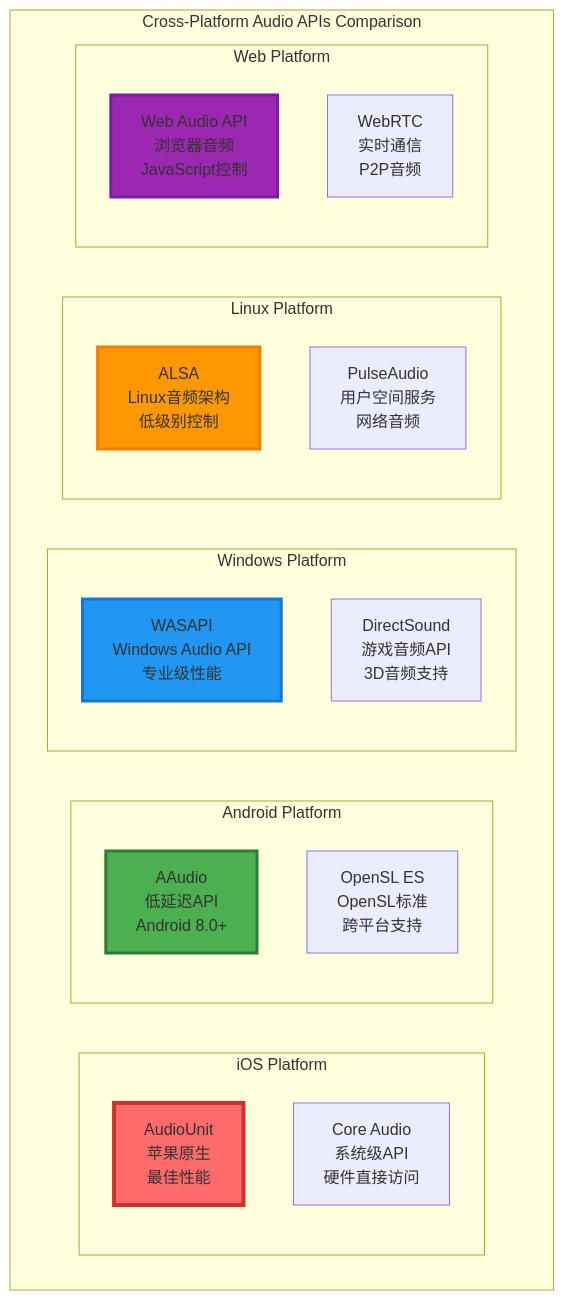
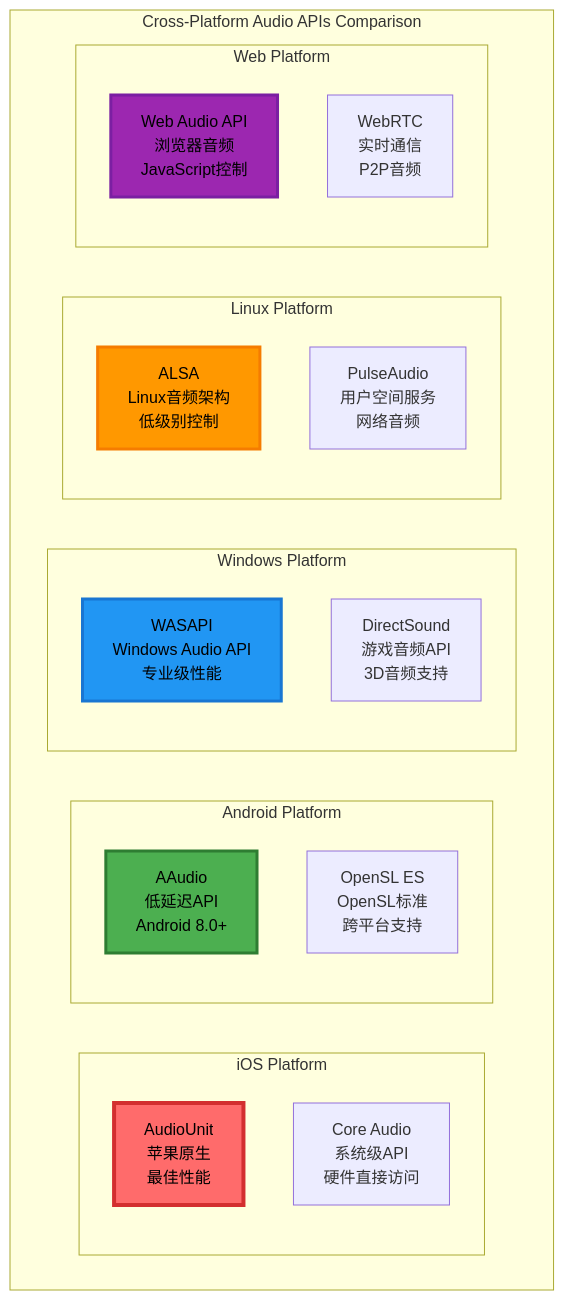
Before and after one commit to Dtheme/ohmy408: the eighth of 9 diagrams in ohmy408/datas.bundle/音频开发/1.3 AudioUnit技术技术原理和使用.md, drawn with Mermaid. The commit also changed other lines of this file and 7 other files, not shown here.

````diff
--- a/ohmy408/datas.bundle/音频开发/1.3 AudioUnit技术技术原理和使用.md
+++ b/ohmy408/datas.bundle/音频开发/1.3 AudioUnit技术技术原理和使用.md
@@ -2943,35 +2943,35 @@
 ```mermaid
 graph TB
     subgraph "Cross-Platform Audio APIs Comparison"
         subgraph "iOS Platform"
             A[AudioUnit<br/>苹果原生<br/>最佳性能]
             B[Core Audio<br/>系统级API<br/>硬件直接访问]
         end
         
         subgraph "Android Platform"
             C[AAudio<br/>低延迟API<br/>Android 8.0+]
             D[OpenSL ES<br/>OpenSL标准<br/>跨平台支持]
         end
         
         subgraph "Windows Platform"
             E[WASAPI<br/>Windows Audio API<br/>专业级性能]
             F[DirectSound<br/>游戏音频API<br/>3D音频支持]
         end
         
         subgraph "Linux Platform"
             G[ALSA<br/>Linux音频架构<br/>低级别控制]
             H[PulseAudio<br/>用户空间服务<br/>网络音频]
         end
         
         subgraph "Web Platform"
             I[Web Audio API<br/>浏览器音频<br/>JavaScript控制]
             J[WebRTC<br/>实时通信<br/>P2P音频]
         end
     end
     
-    style A fill:#ff6b6b,stroke:#d32f2f,stroke-width:4px
-    style C fill:#4caf50,stroke:#2e7d32,stroke-width:3px
-    style E fill:#2196f3,stroke:#1976d2,stroke-width:3px
-    style G fill:#ff9800,stroke:#f57c00,stroke-width:3px
-    style I fill:#9c27b0,stroke:#7b1fa2,stroke-width:3px
+    style A fill:#ff6b6b,stroke:#d32f2f,stroke-width:4px,color:#000
+    style C fill:#4caf50,stroke:#2e7d32,stroke-width:3px,color:#000
+    style E fill:#2196f3,stroke:#1976d2,stroke-width:3px,color:#000
+    style G fill:#ff9800,stroke:#f57c00,stroke-width:3px,color:#000
+    style I fill:#9c27b0,stroke:#7b1fa2,stroke-width:3px,color:#000
 ```
````
